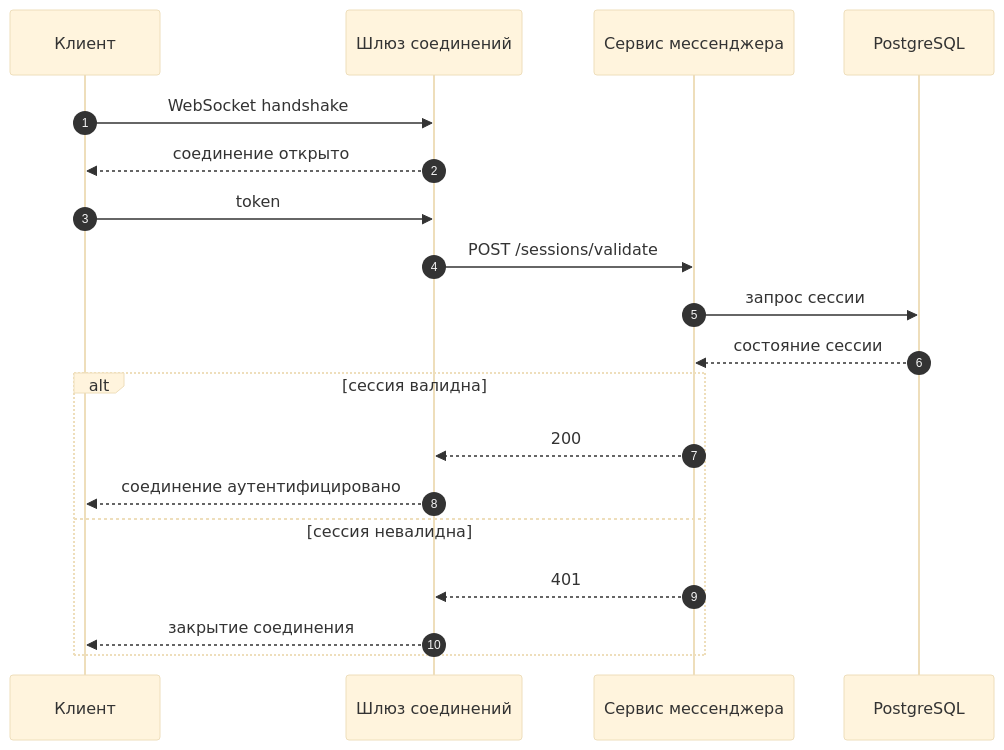
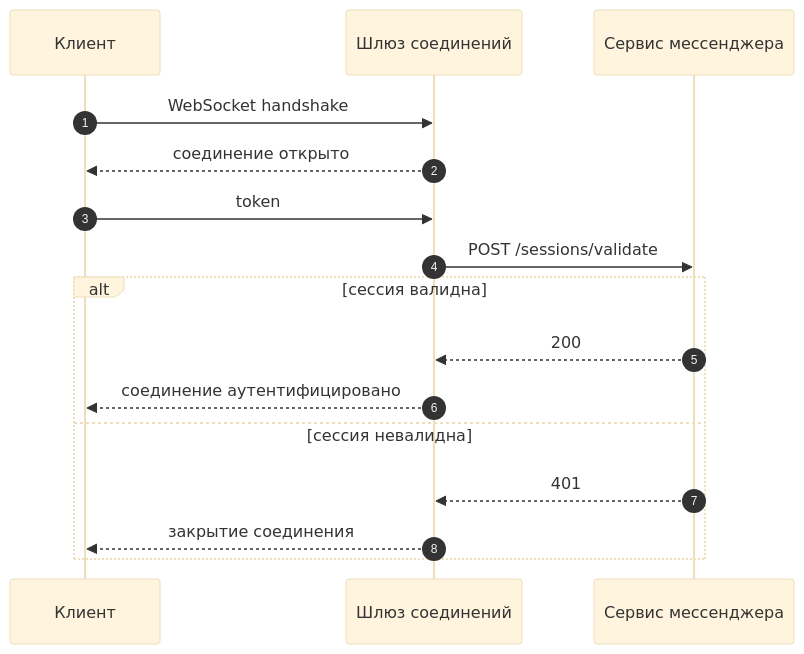
The first of 4 diagrams in docs/implementation/scenarios.md (nikiats/quartz-messenger), drawn with Mermaid (base theme) before and after one commit. The commit also changed other lines of this file and 7 other files, not shown here.

````diff
--- a/docs/implementation/scenarios.md
+++ b/docs/implementation/scenarios.md
@@ -7,22 +8,19 @@
 ```mermaid
 sequenceDiagram
     autonumber
     participant C as Клиент
     participant G as Шлюз соединений
     participant M as Сервис мессенджера
-    participant P as PostgreSQL
 
     C->>G: WebSocket handshake
     G-->>C: соединение открыто
     C->>G: token
     G->>M: POST /sessions/validate
-    M->>P: запрос сессии
-    P-->>M: состояние сессии
     alt сессия валидна
         M-->>G: 200
         G-->>C: соединение аутентифицировано
     else сессия невалидна
         M-->>G: 401
         G-->>C: закрытие соединения
     end
 ```
````
